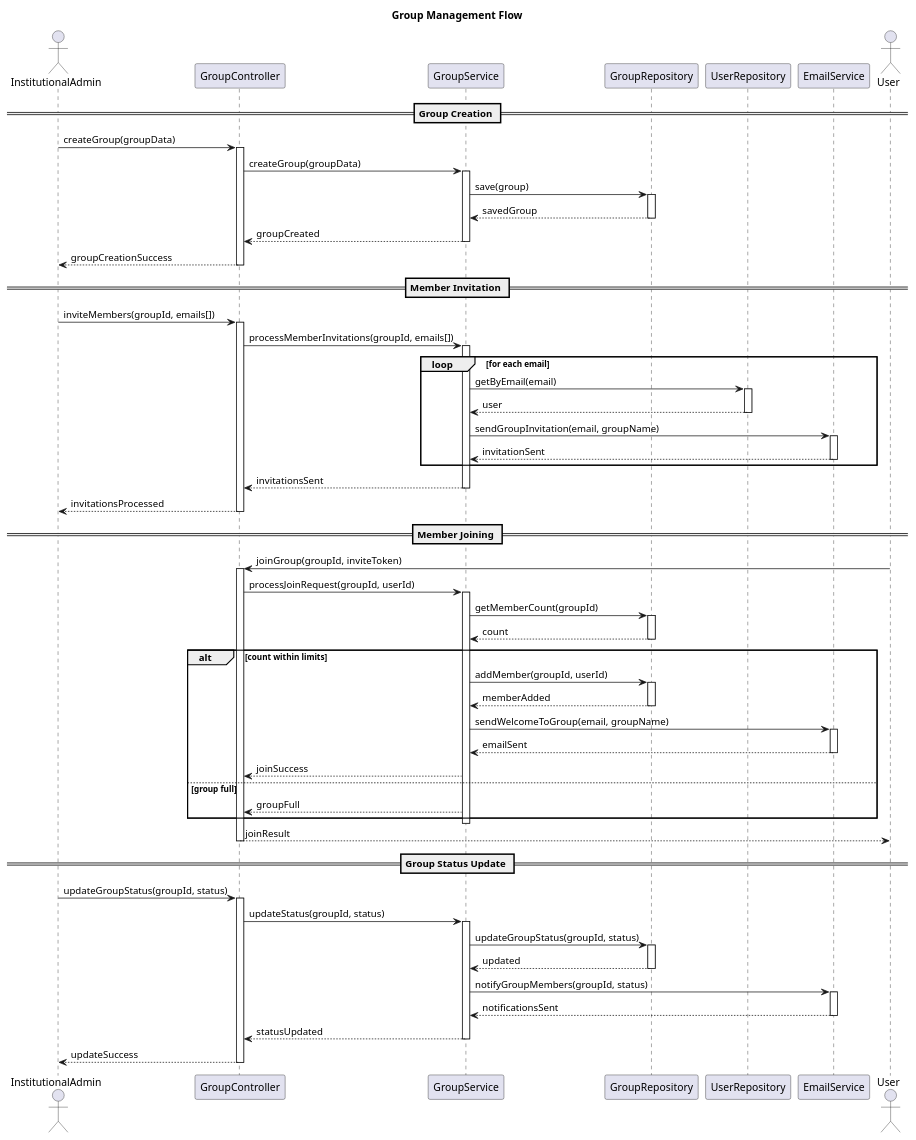
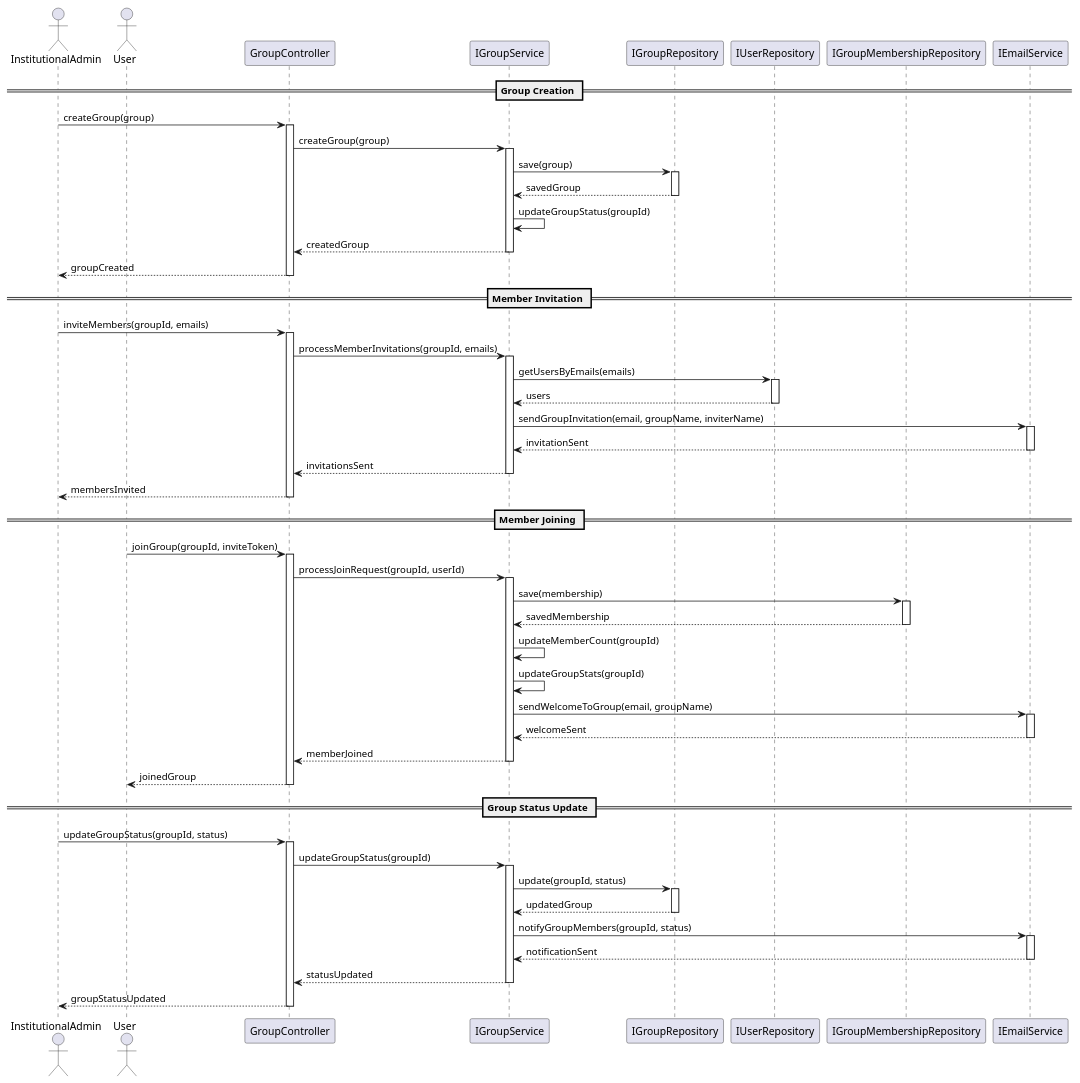
One commit to Saukys/se-24-psi2 changed the diagram in docs/Sequence/sequence-group-management.puml. Above: the diagram before and after it, drawn with PlantUML. The commit also changed 6 other files, not shown here.

Commit message:
Update deployment and sequence diagrams with detailed specifications for CI/CD pipeline, client, app service, data storage, and external services. Refine authentication and game session flow diagrams for clarity and accuracy.

```diff
--- a/docs/Sequence/sequence-group-management.puml
+++ b/docs/Sequence/sequence-group-management.puml
@@ -1,159 +1,92 @@
 @startuml
 ' =============================================
 ' Group Management Sequence Diagram
 ' =============================================
-' This diagram illustrates the complete flow of group management operations,
-' including creation, member invitation, joining, and status updates.
-'
-' Key Participants:
-' - InstitutionalAdmin: Manages groups and members
-' - User: Joins groups and receives notifications
-' - GroupController: Handles group-related HTTP requests
-' - GroupService: Manages group operations
-' - GroupRepository: Stores group data
-' - UserRepository: Manages user data
-' - EmailService: Sends notifications
-'
-' Main Flows:
-' 1. Group Creation
-'    - Group data validation
-'    - Group storage
-'    - Success notification
-'
-' 2. Member Invitation
-'    - Email validation
-'    - Invitation processing
-'    - Email notifications
-'
-' 3. Member Joining
-'    - Invite validation
-'    - Group capacity check
-'    - Member addition
-'    - Welcome notification
-'
-' 4. Group Status Update
-'    - Status validation
-'    - Group update
-'    - Member notification
-'
-' Key Features:
-' - Group capacity management
-' - Email notifications
-' - Status tracking
-' - Member management
+' This diagram shows the flow of group management, including:
+' - Group creation
+' - Member invitation
+' - Member joining
+' - Group status updates
 ' =============================================
 
-title Group Management Flow
-
 actor InstitutionalAdmin
-participant GroupController
-participant GroupService
-participant GroupRepository
-participant UserRepository
-participant EmailService
+actor User
+participant "GroupController" as GroupController
+participant "IGroupService" as GroupService
+participant "IGroupRepository" as GroupRepository
+participant "IUserRepository" as UserRepository
+participant "IGroupMembershipRepository" as GroupMembershipRepository
+participant "IEmailService" as EmailService
 
 == Group Creation ==
-
-InstitutionalAdmin -> GroupController: createGroup(groupData)
+InstitutionalAdmin -> GroupController: createGroup(group)
 activate GroupController
-
-GroupController -> GroupService: createGroup(groupData)
+GroupController -> GroupService: createGroup(group)
 activate GroupService
-
 GroupService -> GroupRepository: save(group)
 activate GroupRepository
 GroupRepository --> GroupService: savedGroup
 deactivate GroupRepository
-
-GroupService --> GroupController: groupCreated
+GroupService -> GroupService: updateGroupStatus(groupId)
+GroupService --> GroupController: createdGroup
 deactivate GroupService
-
-GroupController --> InstitutionalAdmin: groupCreationSuccess
+GroupController --> InstitutionalAdmin: groupCreated
 deactivate GroupController
 
 == Member Invitation ==
-
-InstitutionalAdmin -> GroupController: inviteMembers(groupId, emails[])
+InstitutionalAdmin -> GroupController: inviteMembers(groupId, emails)
 activate GroupController
-
-GroupController -> GroupService: processMemberInvitations(groupId, emails[])
+GroupController -> GroupService: processMemberInvitations(groupId, emails)
 activate GroupService
-
-loop for each email
-    GroupService -> UserRepository: getByEmail(email)
-    activate UserRepository
-    UserRepository --> GroupService: user
-    deactivate UserRepository
-
-    GroupService -> EmailService: sendGroupInvitation(email, groupName)
-    activate EmailService
-    EmailService --> GroupService: invitationSent
-    deactivate EmailService
-end
-
+GroupService -> UserRepository: getUsersByEmails(emails)
+activate UserRepository
+UserRepository --> GroupService: users
+deactivate UserRepository
+GroupService -> EmailService: sendGroupInvitation(email, groupName, inviterName)
+activate EmailService
+EmailService --> GroupService: invitationSent
+deactivate EmailService
 GroupService --> GroupController: invitationsSent
 deactivate GroupService
-
-GroupController --> InstitutionalAdmin: invitationsProcessed
+GroupController --> InstitutionalAdmin: membersInvited
 deactivate GroupController
 
 == Member Joining ==
-
-actor User
 User -> GroupController: joinGroup(groupId, inviteToken)
 activate GroupController
-
 GroupController -> GroupService: processJoinRequest(groupId, userId)
 activate GroupService
-
-GroupService -> GroupRepository: getMemberCount(groupId)
-activate GroupRepository
-GroupRepository --> GroupService: count
-deactivate GroupRepository
-
-alt count within limits
-    GroupService -> GroupRepository: addMember(groupId, userId)
-    activate GroupRepository
-    GroupRepository --> GroupService: memberAdded
-    deactivate GroupRepository
-
-    GroupService -> EmailService: sendWelcomeToGroup(email, groupName)
-    activate EmailService
-    EmailService --> GroupService: emailSent
-    deactivate EmailService
-
-    GroupService --> GroupController: joinSuccess
-else group full
-    GroupService --> GroupController: groupFull
-end
-
+GroupService -> GroupMembershipRepository: save(membership)
+activate GroupMembershipRepository
+GroupMembershipRepository --> GroupService: savedMembership
+deactivate GroupMembershipRepository
+GroupService -> GroupService: updateMemberCount(groupId)
+GroupService -> GroupService: updateGroupStats(groupId)
+GroupService -> EmailService: sendWelcomeToGroup(email, groupName)
+activate EmailService
+EmailService --> GroupService: welcomeSent
+deactivate EmailService
+GroupService --> GroupController: memberJoined
 deactivate GroupService
-
-GroupController --> User: joinResult
+GroupController --> User: joinedGroup
 deactivate GroupController
 
 == Group Status Update ==
-
 InstitutionalAdmin -> GroupController: updateGroupStatus(groupId, status)
 activate GroupController
-
-GroupController -> GroupService: updateStatus(groupId, status)
+GroupController -> GroupService: updateGroupStatus(groupId)
 activate GroupService
-
-GroupService -> GroupRepository: updateGroupStatus(groupId, status)
+GroupService -> GroupRepository: update(groupId, status)
 activate GroupRepository
-GroupRepository --> GroupService: updated
+GroupRepository --> GroupService: updatedGroup
 deactivate GroupRepository
-
 GroupService -> EmailService: notifyGroupMembers(groupId, status)
 activate EmailService
-EmailService --> GroupService: notificationsSent
+EmailService --> GroupService: notificationSent
 deactivate EmailService
-
 GroupService --> GroupController: statusUpdated
 deactivate GroupService
-
-GroupController --> InstitutionalAdmin: updateSuccess
+GroupController --> InstitutionalAdmin: groupStatusUpdated
 deactivate GroupController
 
 @enduml 
```
